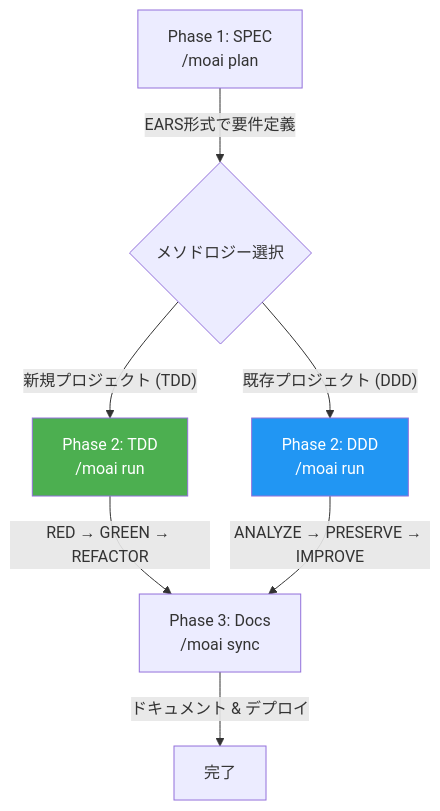
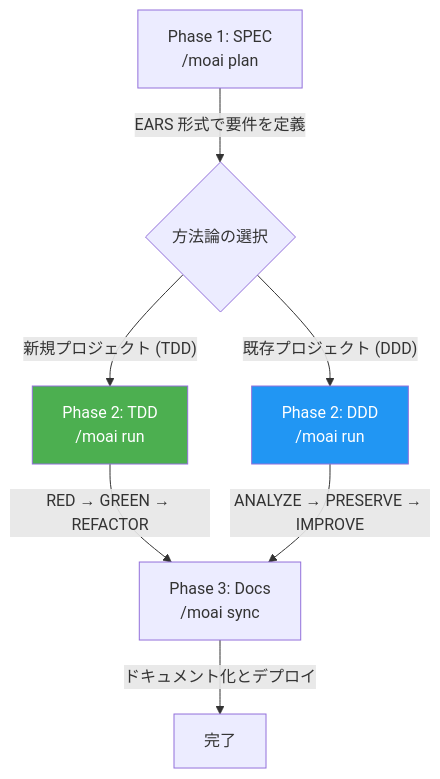
One commit to modu-ai/moai-adk changed the second of 2 diagrams in docs-site/content/ja/getting-started/introduction.md. Above: the diagram before and after it, drawn with Mermaid. The commit also changed other lines of this file and 395 other files, not shown here.

````diff
--- a/docs-site/content/ja/getting-started/introduction.md
+++ b/docs-site/content/ja/getting-started/introduction.md
@@ -234,12 +211,12 @@
 ```mermaid
 flowchart TD
-    A["Phase 1: SPEC<br/>/moai plan"] -->|"EARS形式で要件定義"| B{"メソドロジー選択"}
+    A["Phase 1: SPEC<br/>/moai plan"] -->|"EARS 形式で要件を定義"| B{"方法論の選択"}
     B -->|"新規プロジェクト (TDD)"| C["Phase 2: TDD<br/>/moai run"]
     B -->|"既存プロジェクト (DDD)"| D["Phase 2: DDD<br/>/moai run"]
     C -->|"RED → GREEN → REFACTOR"| E["Phase 3: Docs<br/>/moai sync"]
     D -->|"ANALYZE → PRESERVE → IMPROVE"| E
-    E -->|"ドキュメント & デプロイ"| F["完了"]
+    E -->|"ドキュメント化とデプロイ"| F["完了"]
 
     style C fill:#4CAF50,color:#fff
     style D fill:#2196F3,color:#fff
 ```
````
